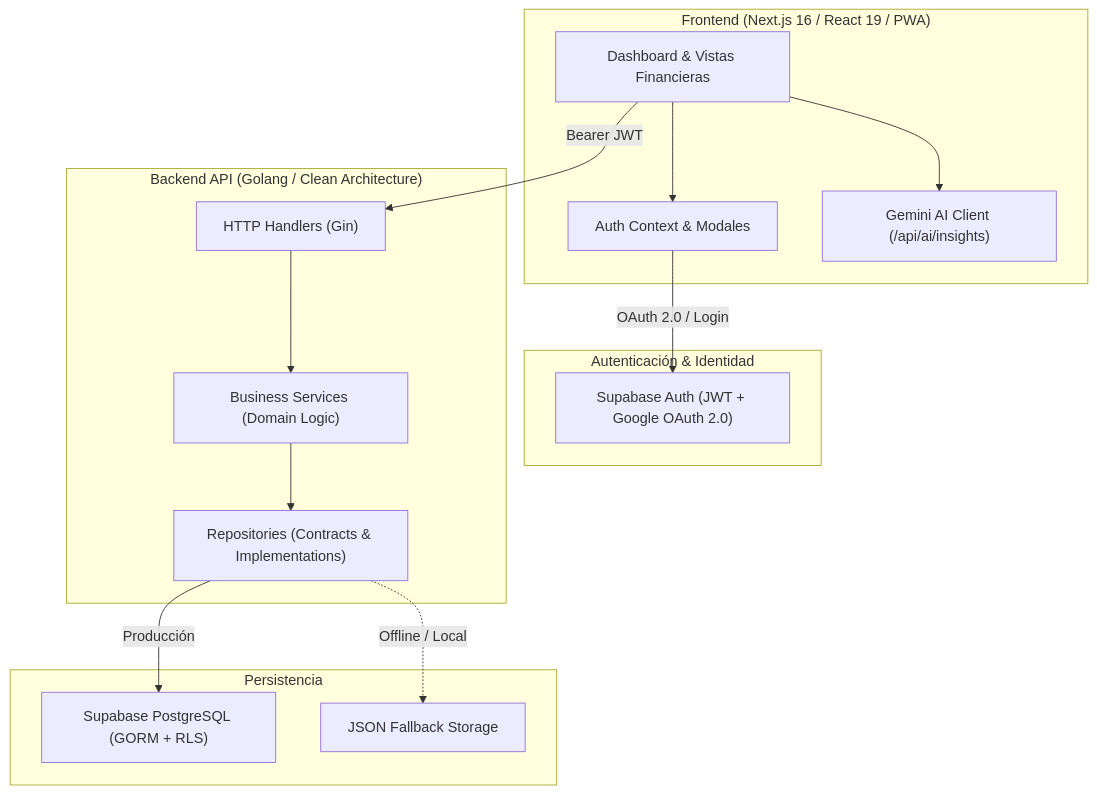
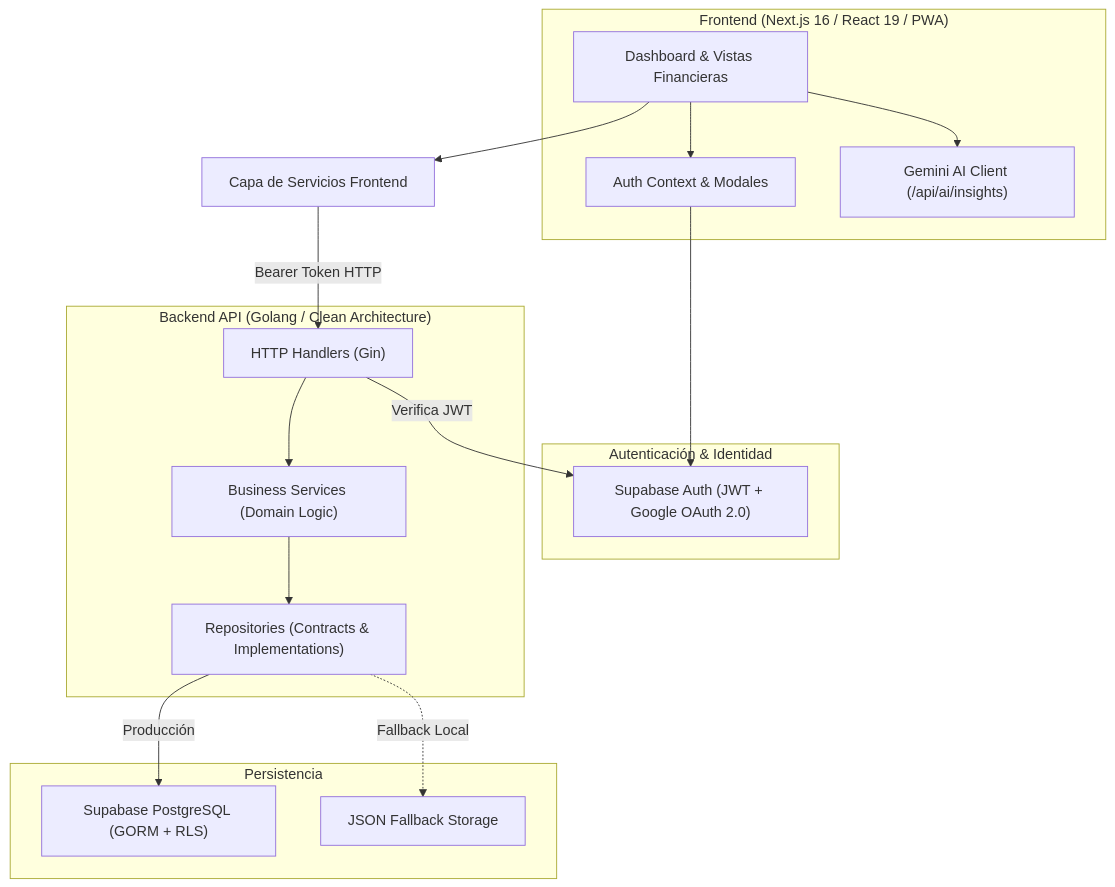
The diagram in README.md (TonyBrTs/Fintrack), drawn with Mermaid before and after one commit. The commit also changed other lines of this file and 13 other files, not shown here.

````diff
--- a/README.md
+++ b/README.md
@@ -25,32 +25,34 @@
 ```mermaid
 graph TB
     subgraph Client ["Frontend (Next.js 16 / React 19 / PWA)"]
         UI["Dashboard & Vistas Financieras"]
         AuthCtx["Auth Context & Modales"]
         AIClient["Gemini AI Client (/api/ai/insights)"]
     end
 
     subgraph AuthSecurity ["Autenticación & Identidad"]
         SupabaseAuth["Supabase Auth (JWT + Google OAuth 2.0)"]
     end
 
     subgraph BackendGo ["Backend API (Golang / Clean Architecture)"]
         Handlers["HTTP Handlers (Gin)"]
         Services["Business Services (Domain Logic)"]
         Repos["Repositories (Contracts & Implementations)"]
     end
 
     subgraph DataStorage ["Persistencia"]
         GormPostgres["Supabase PostgreSQL (GORM + RLS)"]
         MemoryJSON["JSON Fallback Storage"]
     end
 
     UI --> AuthCtx
-    AuthCtx -->|OAuth 2.0 / Login| SupabaseAuth
-    UI -->|Bearer JWT| Handlers
     UI --> AIClient
+    UI --> ServicesLayer["Capa de Servicios Frontend"]
+    ServicesLayer -->|Bearer Token HTTP| Handlers
     Handlers --> Services
     Services --> Repos
     Repos -->|Producción| GormPostgres
-    Repos -.->|Offline / Local| MemoryJSON
+    Repos -.->|Fallback Local| MemoryJSON
+    AuthCtx --> SupabaseAuth
+    Handlers -->|Verifica JWT| SupabaseAuth
 ```
````
